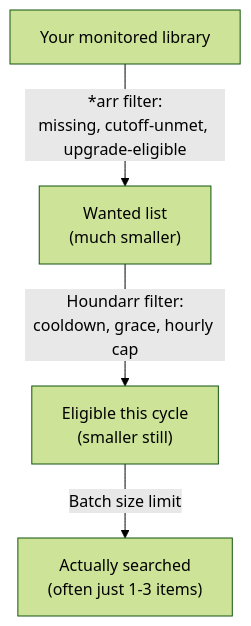
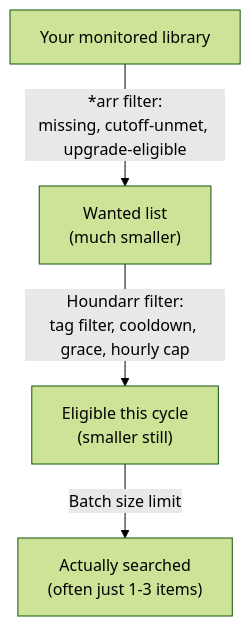
One commit to av1155/houndarr changed the second of 2 diagrams in website/docs/concepts/how-scheduling-works.md. Above: the diagram before and after it, drawn with Mermaid (forest theme). The commit also changed other lines of this file and 2 other files, not shown here.

First line of the commit message:
docs(website): document the tag filter feature

````diff
--- a/website/docs/concepts/how-scheduling-works.md
+++ b/website/docs/concepts/how-scheduling-works.md
@@ -63,10 +63,10 @@
 ```mermaid
 flowchart TD
     A["Your monitored library"]
     B["Wanted list<br/>(much smaller)"]
     C["Eligible this cycle<br/>(smaller still)"]
     D["Actually searched<br/>(often just 1-3 items)"]
     A -->|"*arr filter:<br/>missing, cutoff-unmet, upgrade-eligible"| B
-    B -->|"Houndarr filter:<br/>cooldown, grace, hourly cap"| C
+    B -->|"Houndarr filter:<br/>tag filter, cooldown, grace, hourly cap"| C
     C -->|"Batch size limit"| D
 ```
````
